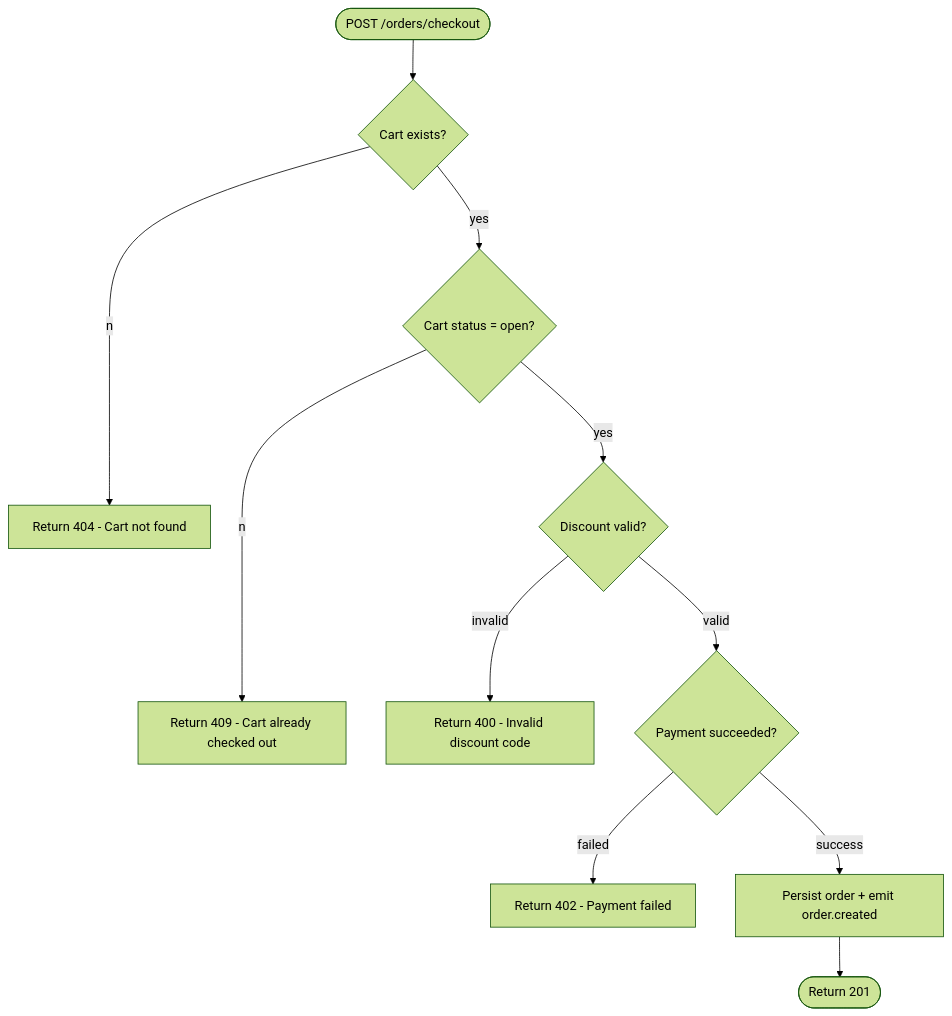
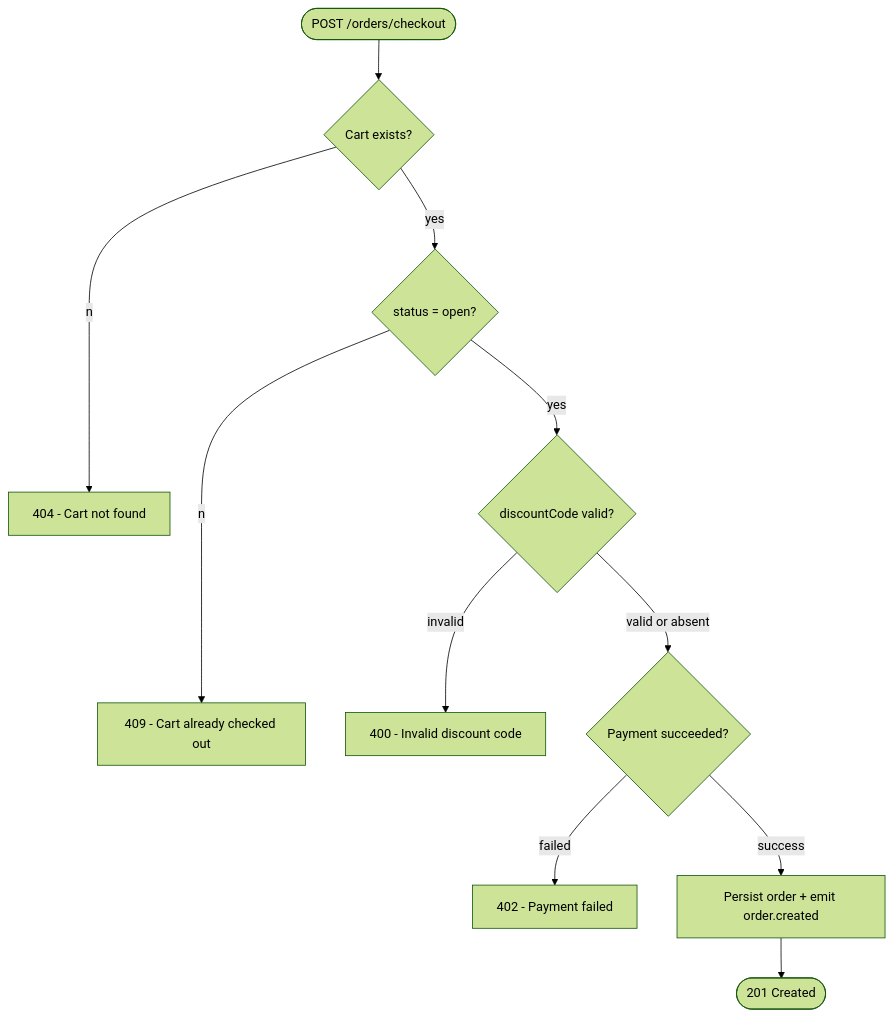
Before and after one commit to minh-lb/ai-tools: the third of 3 diagrams in generate-flow/references/example-checkout-flow.md, drawn with Mermaid (forest theme). The commit also changed other lines of this file and 4 other files, not shown here.

First line of the commit message:
refactor(skills): redesign generate-flow template and output structure

````diff
--- a/generate-flow/references/example-checkout-flow.md
+++ b/generate-flow/references/example-checkout-flow.md
@@ -104,25 +156,25 @@
 ```mermaid
 flowchart TD
     Start([POST /orders/checkout])
     V1{Cart exists?}
-    V2{Cart status = open?}
-    V3{Discount valid?}
+    V2{status = open?}
+    V3{discountCode valid?}
     V4{Payment succeeded?}
-    E1[Return 404 - Cart not found]
-    E2[Return 409 - Cart already checked out]
-    E3[Return 400 - Invalid discount code]
-    E4[Return 402 - Payment failed]
+    E1[404 - Cart not found]
+    E2[409 - Cart already checked out]
+    E3[400 - Invalid discount code]
+    E4[402 - Payment failed]
     OK[Persist order + emit order.created]
-    Done([Return 201])
+    Done([201 Created])
 
     Start --> V1
     V1 --no--> E1
     V1 --yes--> V2
     V2 --no--> E2
     V2 --yes--> V3
     V3 --invalid--> E3
-    V3 --valid--> V4
+    V3 --valid or absent--> V4
     V4 --failed--> E4
     V4 --success--> OK
     OK --> Done
 ```
````
